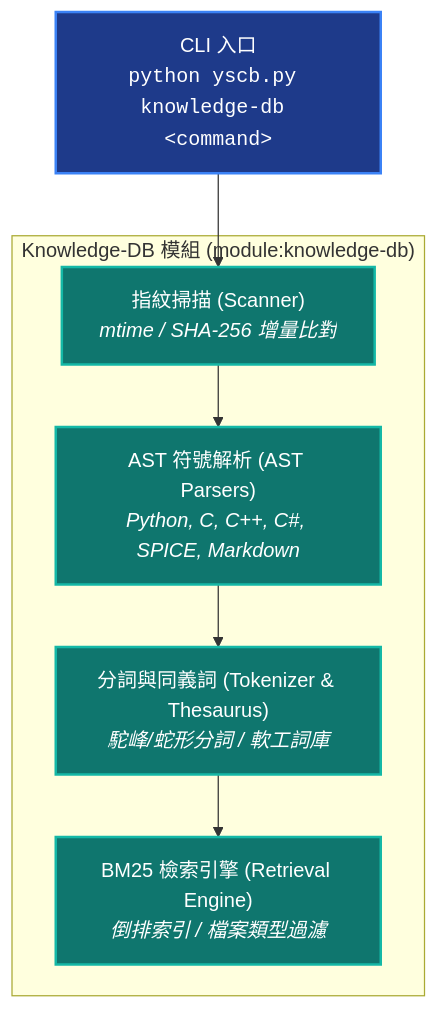
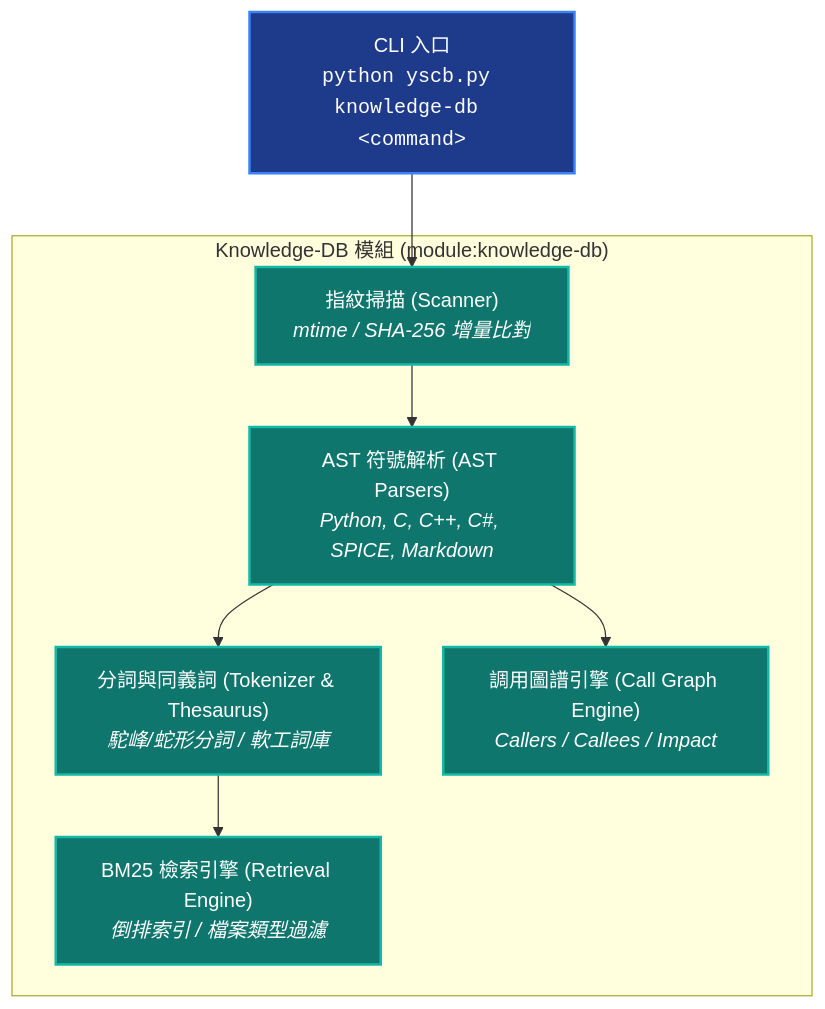
The diagram in ys_codebase/source/knowledge-db/README.md (ysnaive/ys-codebase), drawn with Mermaid before and after one commit. The commit also changed other lines of this file and 174 other files, not shown here.

````diff
--- a/ys_codebase/source/knowledge-db/README.md
+++ b/ys_codebase/source/knowledge-db/README.md
@@ -12,19 +12,21 @@
 ```mermaid
 graph TD
     classDef main fill:#1e3a8a,stroke:#3b82f6,stroke-width:2px,color:#fff;
     classDef sub fill:#0f766e,stroke:#14b8a6,stroke-width:2px,color:#fff;
 
     CLI["CLI 入口<br/><code>python yscb.py knowledge-db &lt;command&gt;</code>"]:::main
 
     subgraph KnowledgeDBModule ["Knowledge-DB 模組 (module:knowledge-db)"]
         Scanner["指紋掃描 (Scanner)<br/><i>mtime / SHA-256 增量比對</i>"]:::sub
         Parsers["AST 符號解析 (AST Parsers)<br/><i>Python, C, C++, C#, SPICE, Markdown</i>"]:::sub
         Tokenizer["分詞與同義詞 (Tokenizer & Thesaurus)<br/><i>駝峰/蛇形分詞 / 軟工詞庫</i>"]:::sub
         Retrieval["BM25 檢索引擎 (Retrieval Engine)<br/><i>倒排索引 / 檔案類型過濾</i>"]:::sub
+        Graph["調用圖譜引擎 (Call Graph Engine)<br/><i>Callers / Callees / Impact</i>"]:::sub
     end
 
     CLI --> Scanner
     Scanner --> Parsers
     Parsers --> Tokenizer
     Tokenizer --> Retrieval
+    Parsers --> Graph
 ```
````
